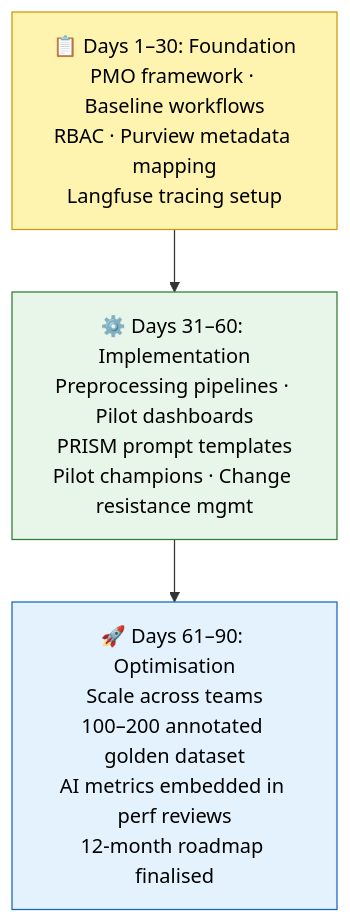
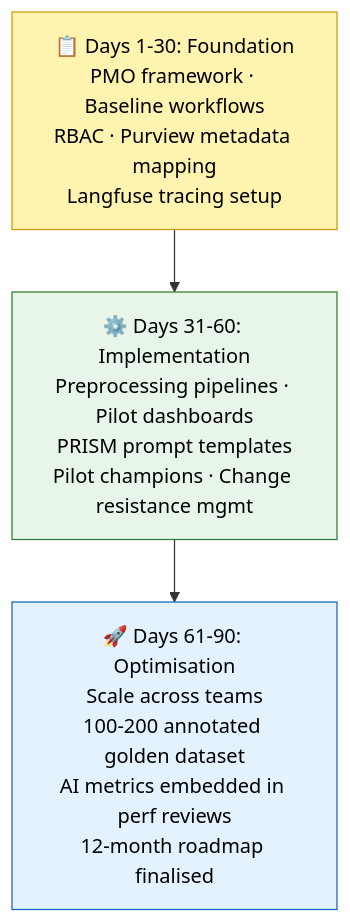
Before and after one commit to sfrancis2017/sajivfrancis.github.io: the fifth of 5 diagrams in src/content/blog/2026-06-07-ai-driven-leadership.mdx, drawn with Mermaid. The commit also changed other lines of this file and 22 other files, not shown here.

````diff
--- a/src/content/blog/2026-06-07-ai-driven-leadership.mdx
+++ b/src/content/blog/2026-06-07-ai-driven-leadership.mdx
@@ -291,16 +291,16 @@
 ```mermaid
 flowchart TD
   classDef foundation fill:#fff3b0,stroke:#cc9a06,color:#000
   classDef implement fill:#e8f5e9,stroke:#2e7d32,color:#000
   classDef optimise fill:#e3f2fd,stroke:#1565c0,color:#000
 
-  F["📋 Days 1–30: Foundation<br/>PMO framework · Baseline workflows<br/>RBAC · Purview metadata mapping<br/>Langfuse tracing setup"]
-  I["⚙️ Days 31–60: Implementation<br/>Preprocessing pipelines · Pilot dashboards<br/>PRISM prompt templates<br/>Pilot champions · Change resistance mgmt"]
-  O["🚀 Days 61–90: Optimisation<br/>Scale across teams<br/>100–200 annotated golden dataset<br/>AI metrics embedded in perf reviews<br/>12-month roadmap finalised"]
+  F["📋 Days 1-30: Foundation<br/>PMO framework · Baseline workflows<br/>RBAC · Purview metadata mapping<br/>Langfuse tracing setup"]
+  I["⚙️ Days 31-60: Implementation<br/>Preprocessing pipelines · Pilot dashboards<br/>PRISM prompt templates<br/>Pilot champions · Change resistance mgmt"]
+  O["🚀 Days 61-90: Optimisation<br/>Scale across teams<br/>100-200 annotated golden dataset<br/>AI metrics embedded in perf reviews<br/>12-month roadmap finalised"]
 
   F --> I --> O
 
   class F foundation
   class I implement
   class O optimise
 ```
````
